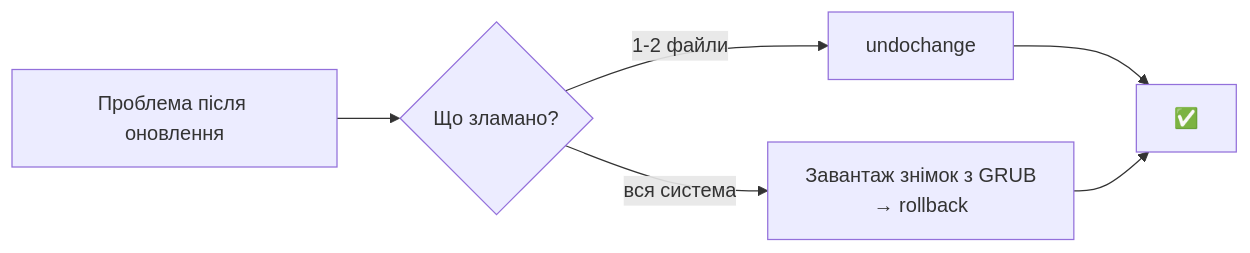
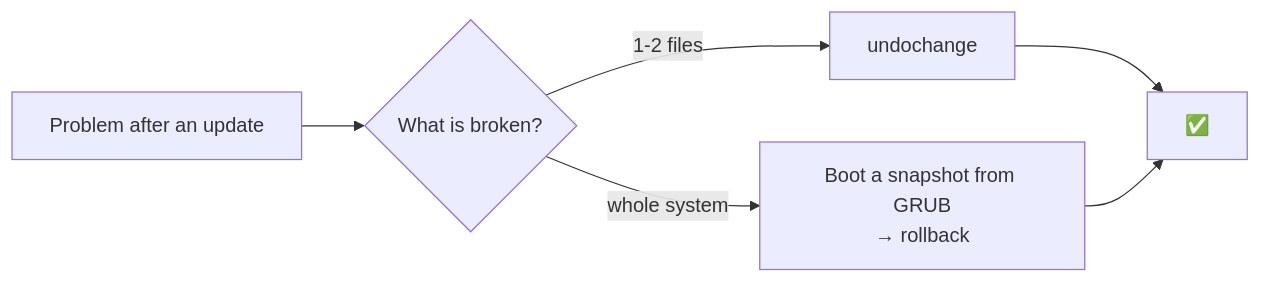
Before and after one commit to andriyevski/python-learning-portfolio: the fifth of 13 diagrams in commands.md, drawn with Mermaid. The commit also changed other lines of this file and 3 other files, not shown here.

````diff
--- a/commands.md
+++ b/commands.md
@@ -265,8 +270,8 @@
 ```mermaid
 graph LR
-    P["Проблема після оновлення"] --> Q{"Що зламано?"}
-    Q -->|"1-2 файли"| U["undochange"]
-    Q -->|"вся система"| R["Завантаж знімок з GRUB<br/>→ rollback"]
+    P["Problem after an update"] --> Q{"What is broken?"}
+    Q -->|"1-2 files"| U["undochange"]
+    Q -->|"whole system"| R["Boot a snapshot from GRUB<br/>→ rollback"]
     U --> OK["✅"]
     R --> OK
 ```
````
